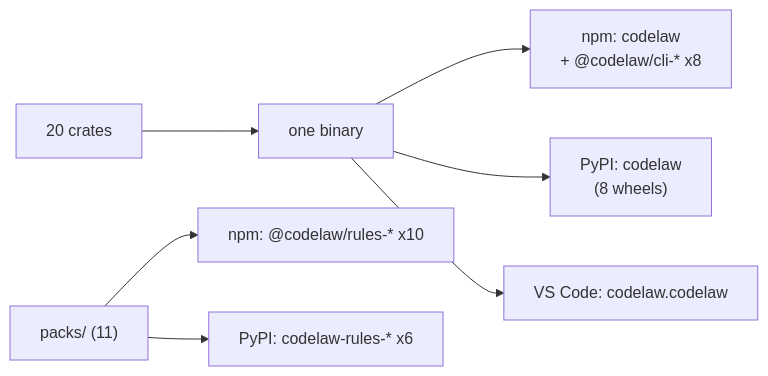
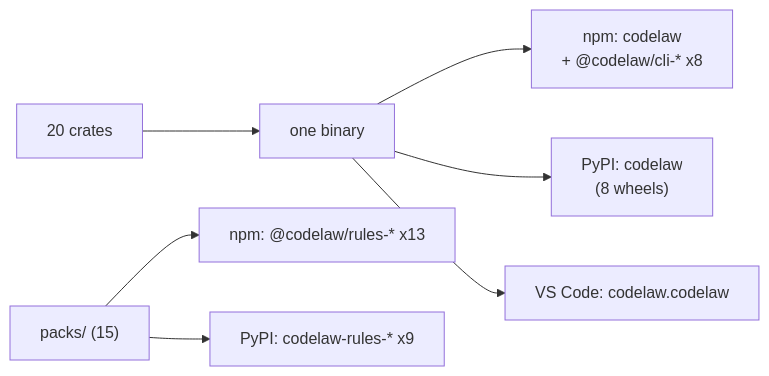
The diagram in records/0107_packages.md (arpitarya/codelaw), drawn with Mermaid before and after one commit. The commit also changed other lines of this file and 71 other files, not shown here.

````diff
--- a/records/0107_packages.md
+++ b/records/0107_packages.md
@@ -46,9 +46,9 @@
 ```mermaid
 flowchart LR
     W["20 crates"] --> B["one binary"]
     B --> N["npm: codelaw<br/>+ @codelaw/cli-* x8"]
     B --> P["PyPI: codelaw<br/>(8 wheels)"]
     B --> V["VS Code: codelaw.codelaw"]
-    R["packs/ (11)"] --> NR["npm: @codelaw/rules-* x10"]
-    R --> PR["PyPI: codelaw-rules-* x6"]
+    R["packs/ (15)"] --> NR["npm: @codelaw/rules-* x13"]
+    R --> PR["PyPI: codelaw-rules-* x9"]
 ```
````
